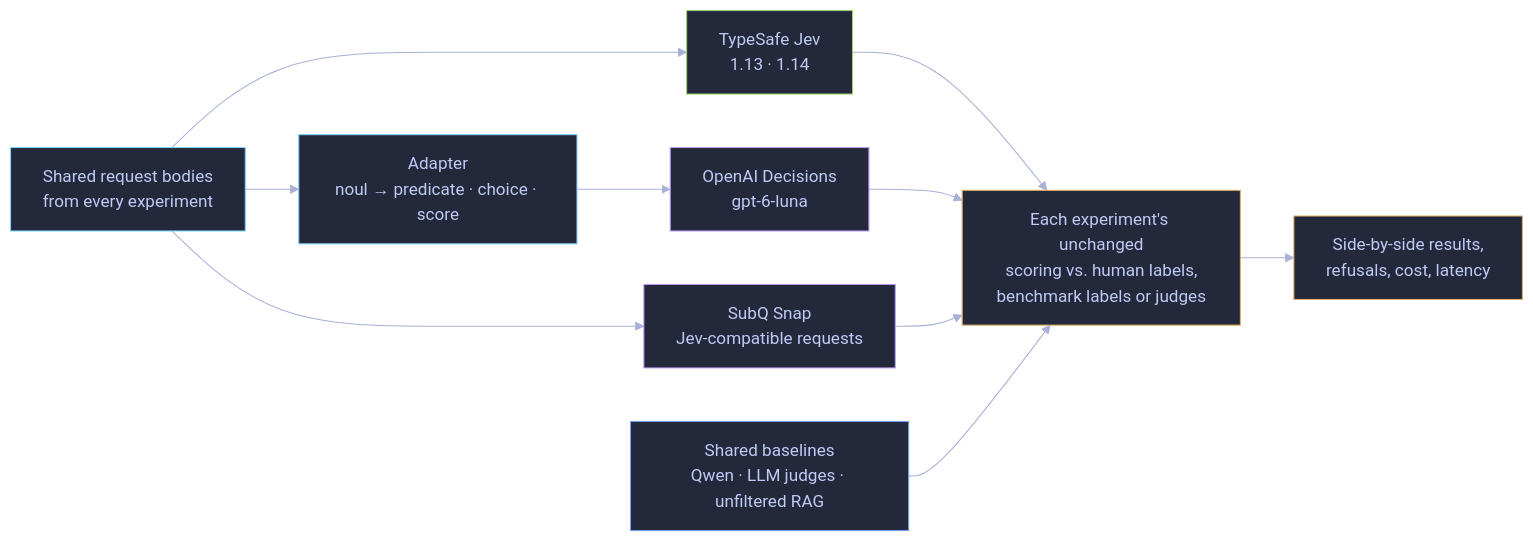
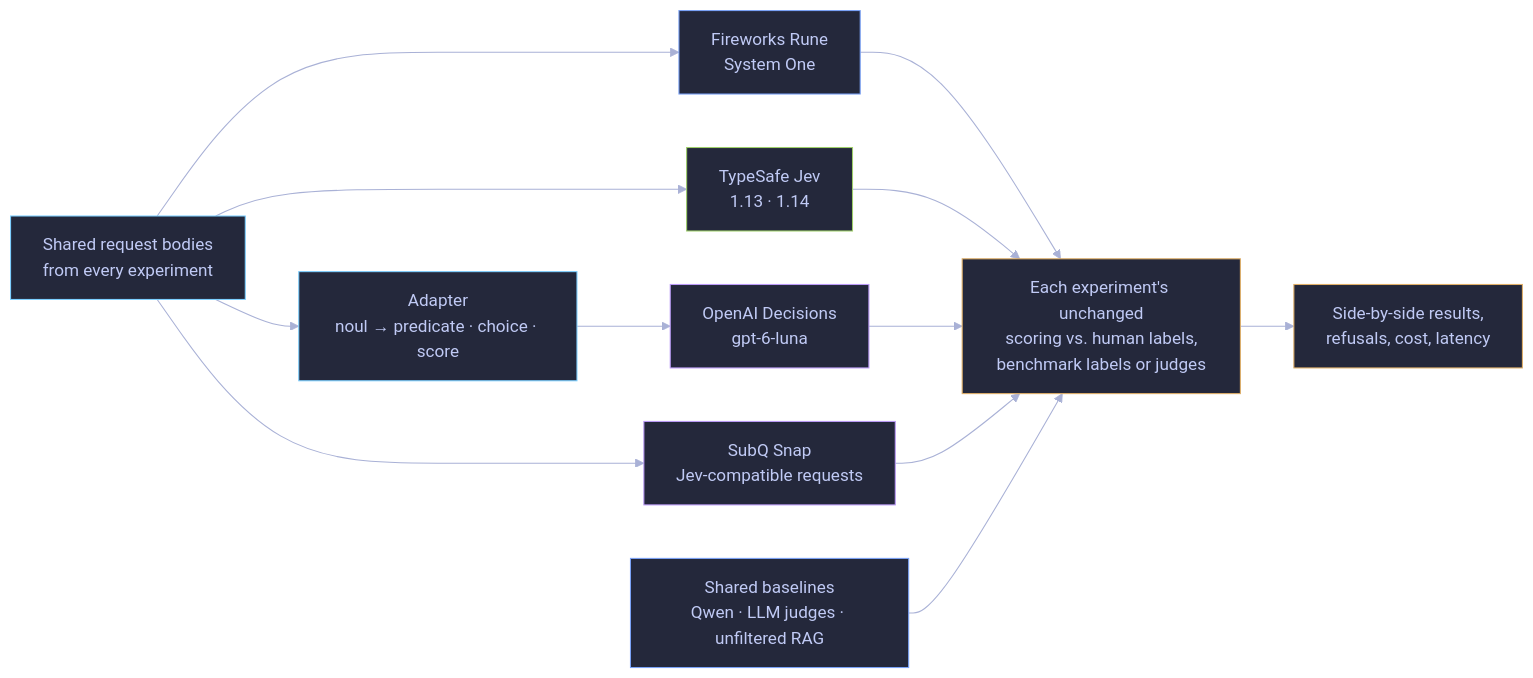
Before and after one commit to dorkitude/decision-model-testing: the diagram in README.md, drawn with Mermaid. The commit also changed other lines of this file and 24 other files, not shown here.

````diff
--- a/README.md
+++ b/README.md
@@ -114,23 +126,25 @@
 ```mermaid
 %%{init: {"theme": "base", "themeVariables": {"background": "#1a1b26", "primaryColor": "#24283b", "primaryTextColor": "#c0caf5", "textColor": "#c0caf5", "primaryBorderColor": "#7aa2f7", "lineColor": "#a9b1d6", "edgeLabelBackground": "#1a1b26"}}}%%
 flowchart LR
     F["Shared request bodies<br/>from every experiment"] --> J["TypeSafe Jev<br/>1.13 · 1.14"]
     F --> A["Adapter<br/>noul → predicate · choice · score"]
     A --> D["OpenAI Decisions<br/>gpt-6-luna"]
+    F --> W["Fireworks Rune<br/>System One"]
+    W --> X
     F --> S["SubQ Snap<br/>Jev-compatible requests"]
     J --> X["Each experiment's unchanged<br/>scoring vs. human labels,<br/>benchmark labels or judges"]
     D --> X
     S --> X
     B["Shared baselines<br/>Qwen · LLM judges · unfiltered RAG"] --> X
     X --> R["Side-by-side results,<br/>refusals, cost, latency"]
     classDef shared fill:#24283b,stroke:#7dcfff,color:#c0caf5;
     classDef baseline fill:#24283b,stroke:#7aa2f7,color:#c0caf5;
     classDef jev fill:#24283b,stroke:#9ece6a,color:#c0caf5;
     classDef decisions fill:#24283b,stroke:#bb9af7,color:#c0caf5;
     classDef score fill:#24283b,stroke:#e0af68,color:#c0caf5;
     class F,A shared;
     class B baseline;
     class J jev;
     class D,S decisions;
     class X,R score;
 ```
````
